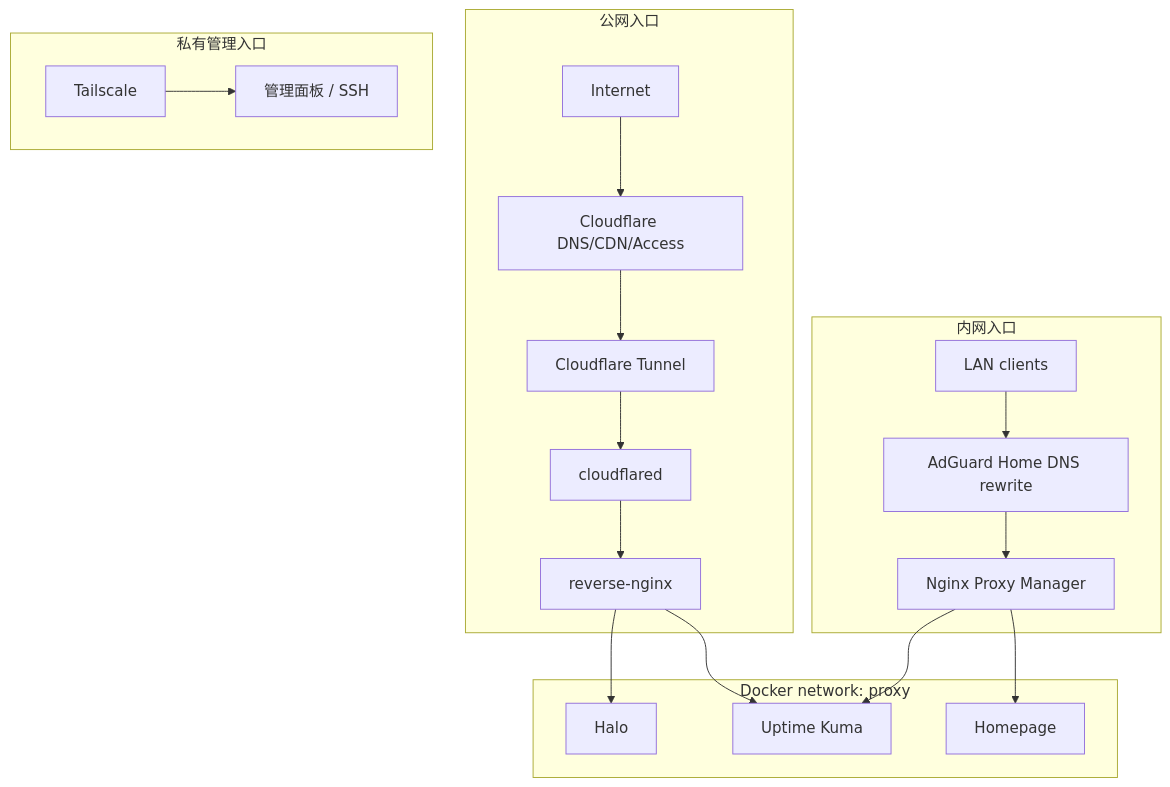
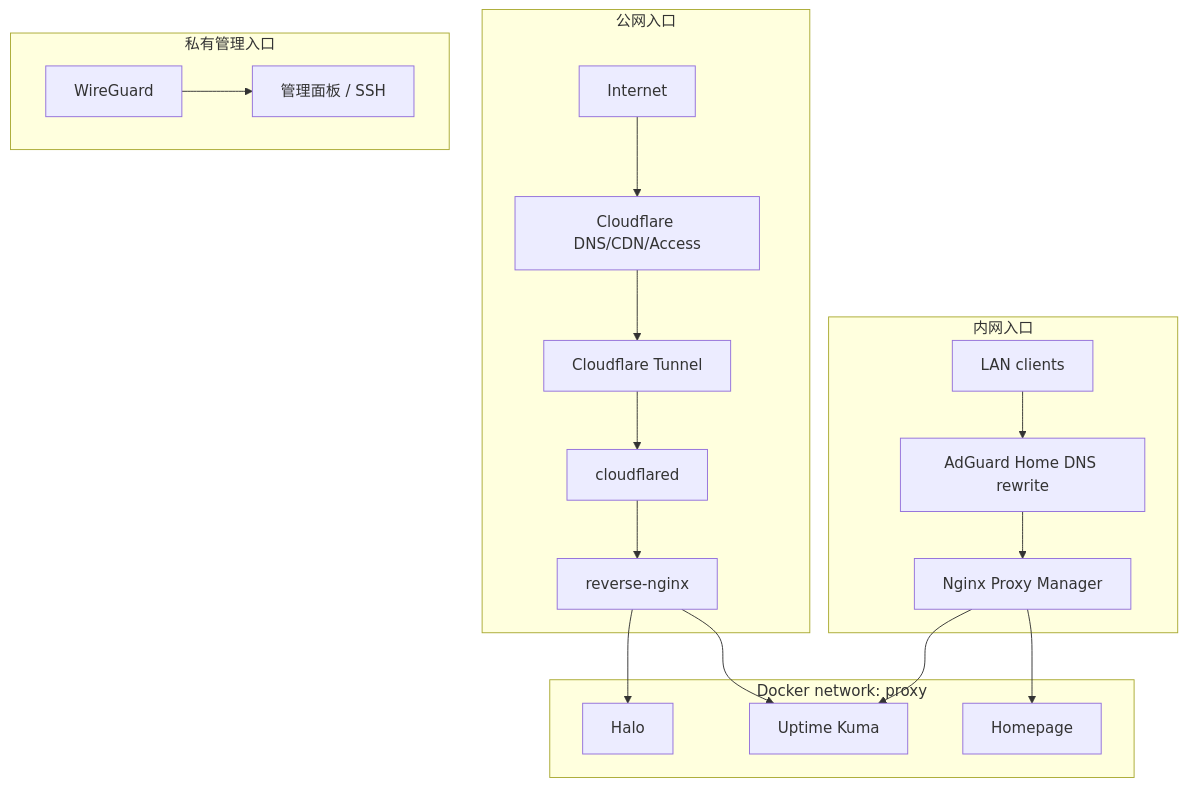
Before and after one commit to ryoo2001/homelab-infra: the diagram in docs/dual-nginx-design.md, drawn with Mermaid. The commit also changed other lines of this file and 11 other files, not shown here.

First line of the commit message:
docs: 私有管理链路从 Tailscale 迁移至 WireGuard + DDNS-Go

````diff
--- a/docs/dual-nginx-design.md
+++ b/docs/dual-nginx-design.md
@@ -26,37 +26,37 @@
 ```mermaid
 flowchart TB
   subgraph Public["公网入口"]
     internet[Internet]
     cf[Cloudflare DNS/CDN/Access]
     tunnel[Cloudflare Tunnel]
     cloudflared[cloudflared]
     reverse[reverse-nginx]
   end
 
   subgraph Internal["内网入口"]
     lan[LAN clients]
     adguard[AdGuard Home DNS rewrite]
     npm[Nginx Proxy Manager]
   end
 
   subgraph Private["私有管理入口"]
-    ts[Tailscale]
+    ts[WireGuard]
     mgmt[管理面板 / SSH]
   end
 
   subgraph Proxy["Docker network: proxy"]
     reverse
     npm
     halo[Halo]
     kuma[Uptime Kuma]
     homepage[Homepage]
   end
 
   internet --> cf --> tunnel --> cloudflared --> reverse
   lan --> adguard --> npm
   ts --> mgmt
   reverse --> halo
   reverse --> kuma
   npm --> homepage
   npm --> kuma
 ```
````
